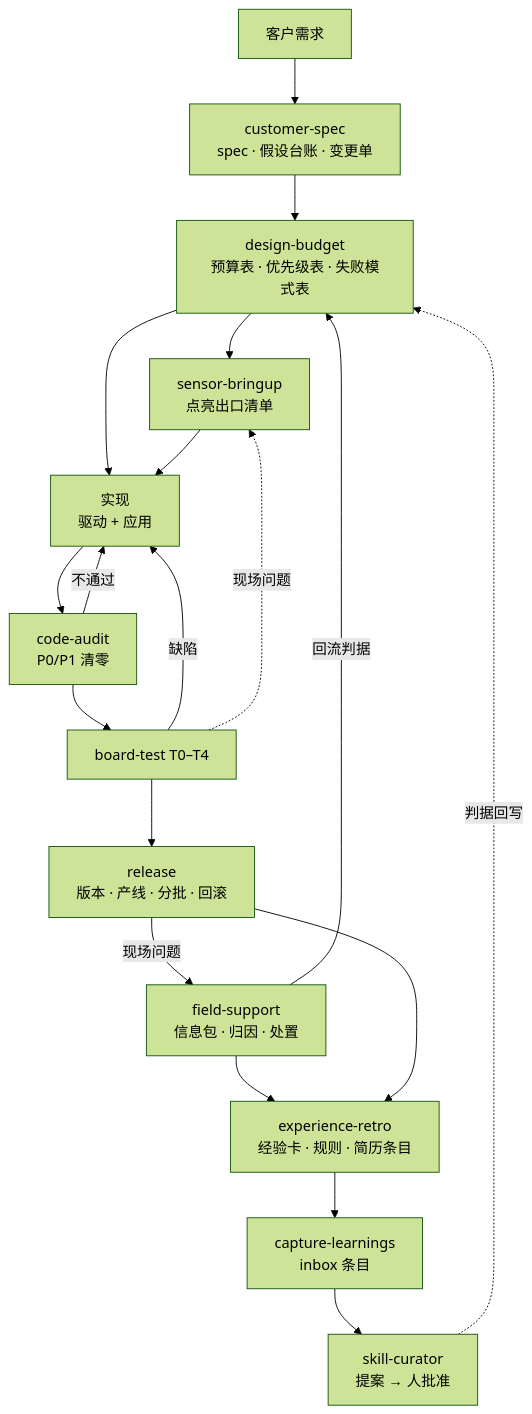
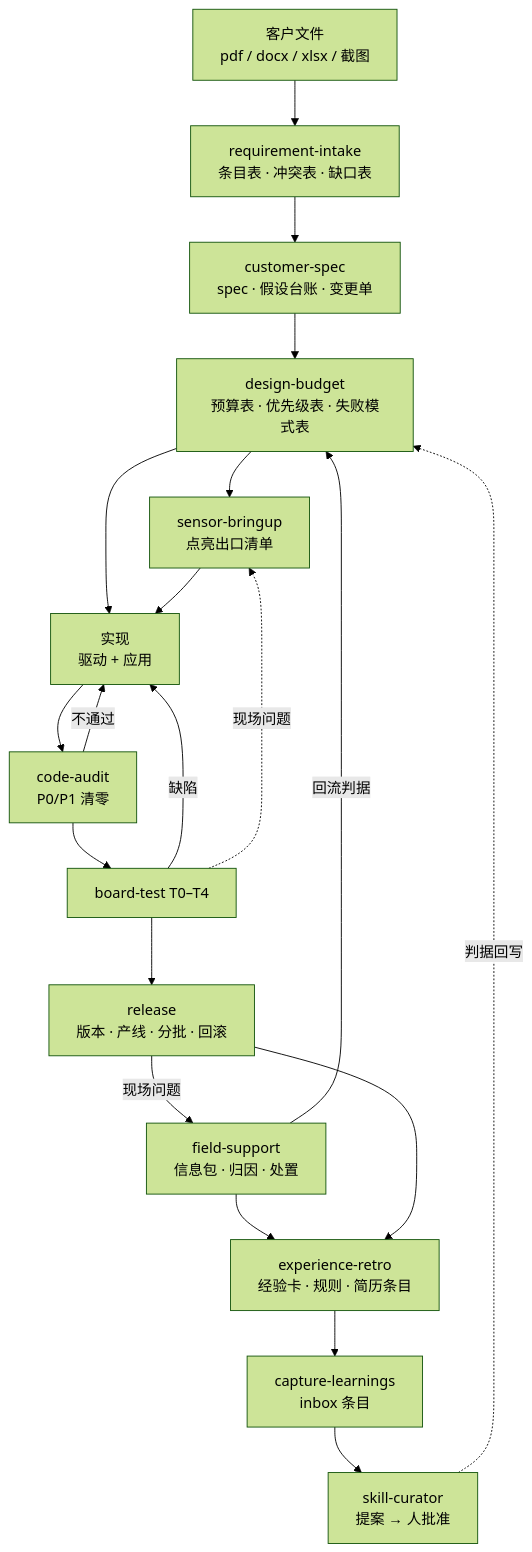
Before and after one commit to laberboy123/xjy_skill: the diagram in workflow.md, drawn with Mermaid (forest theme). The commit also changed other lines of this file and 8 other files, not shown here.

Commit message:
feat: 新增 requirement-intake 技能（文件→条目表，v0.7.0）

````diff
--- a/workflow.md
+++ b/workflow.md
@@ -7,21 +7,22 @@
 ```mermaid
 flowchart TD
-    A[客户需求] --> B[customer-spec<br/>spec · 假设台账 · 变更单]
+    A[客户文件<br/>pdf / docx / xlsx / 截图] --> A2[requirement-intake<br/>条目表 · 冲突表 · 缺口表]
+    A2 --> B[customer-spec<br/>spec · 假设台账 · 变更单]
     B --> C[design-budget<br/>预算表 · 优先级表 · 失败模式表]
     C --> D[sensor-bringup<br/>点亮出口清单]
     C --> E[实现<br/>驱动 + 应用]
     D --> E
     E --> F[code-audit<br/>P0/P1 清零]
     F -->|不通过| E
     F --> G[board-test T0–T4]
     G -->|缺陷| E
     G --> H[release<br/>版本 · 产线 · 分批 · 回滚]
     H -->|现场问题| I[field-support<br/>信息包 · 归因 · 处置]
     I -->|回流判据| C
     I --> J[experience-retro<br/>经验卡 · 规则 · 简历条目]
     H --> J
     J --> K[capture-learnings<br/>inbox 条目]
     K --> L[skill-curator<br/>提案 → 人批准]
     L -.判据回写.-> C
     G -.现场问题.-> D
 ```
````
